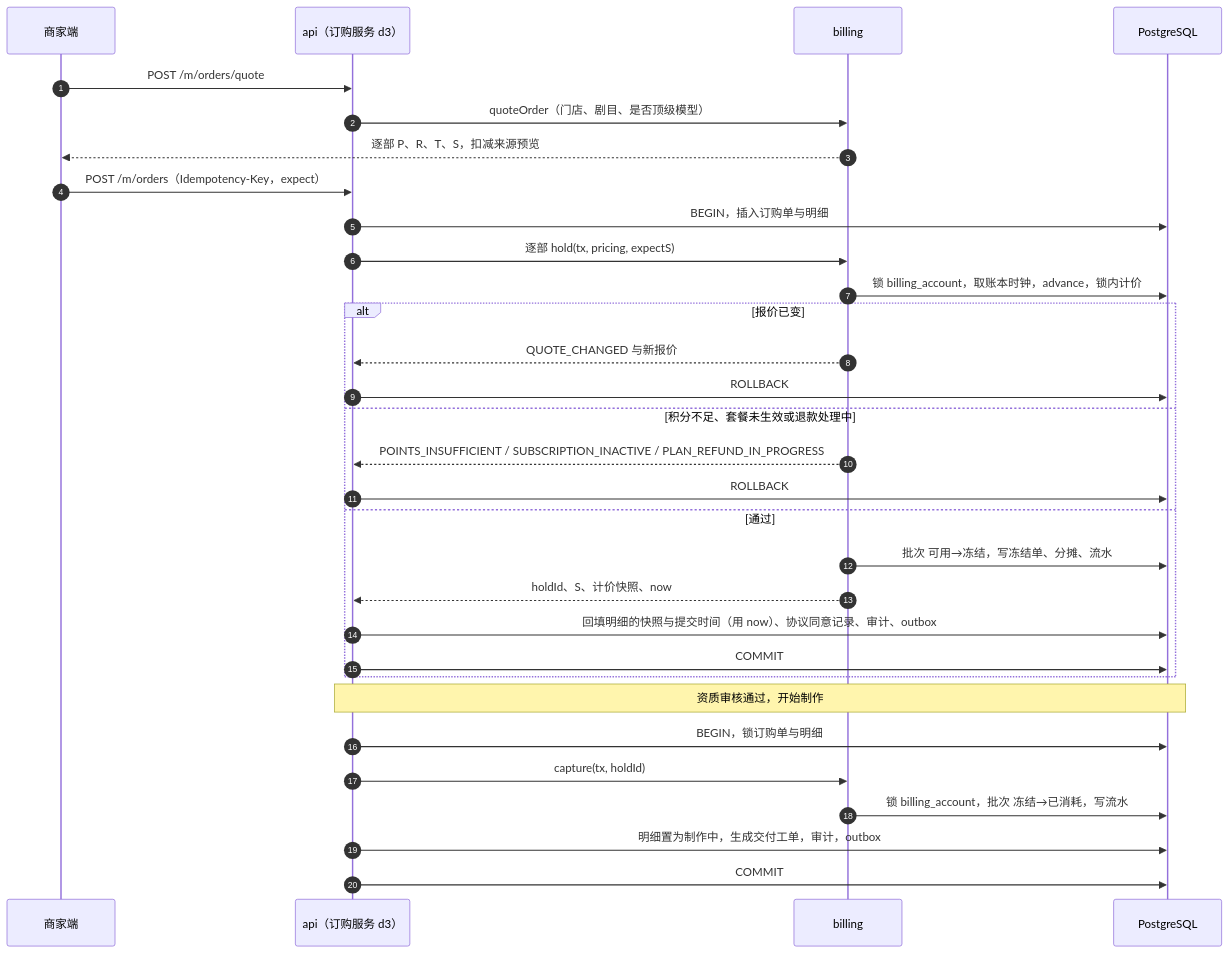
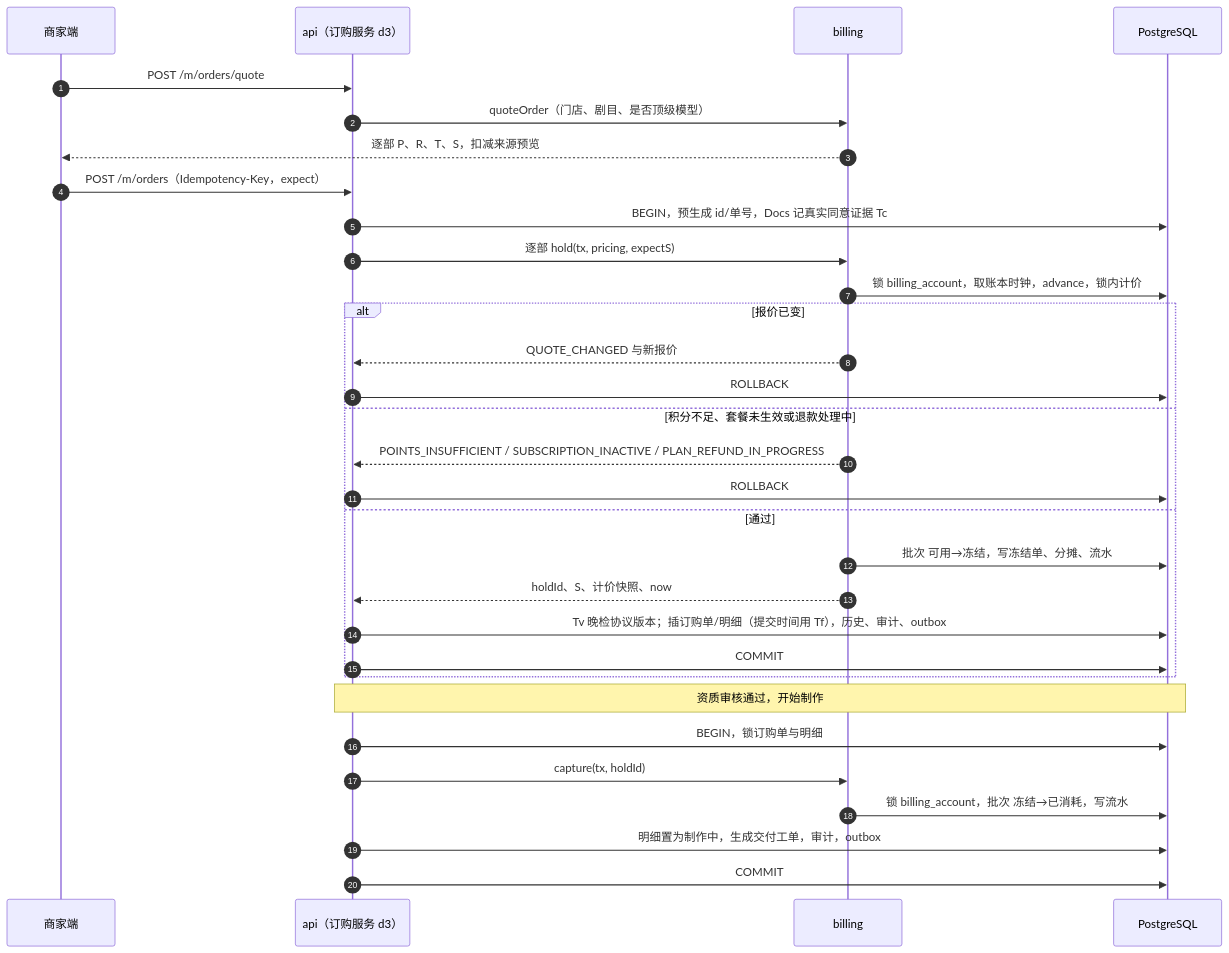
The eighth of 8 diagrams in docs/appendix/design/d1-ledger.md (byfire-dev/liyoxi-project), drawn with Mermaid before and after one commit. The commit also changed other lines of this file and 54 other files, not shown here.

````diff
--- a/docs/appendix/design/d1-ledger.md
+++ b/docs/appendix/design/d1-ledger.md
@@ -1429,33 +1429,33 @@
 ```mermaid
 sequenceDiagram
   autonumber
   participant M as 商家端
   participant API as api（订购服务 d3）
   participant BL as billing
   participant DB as PostgreSQL
   M->>API: POST /m/orders/quote
   API->>BL: quoteOrder（门店、剧目、是否顶级模型）
   BL-->>M: 逐部 P、R、T、S，扣减来源预览
   M->>API: POST /m/orders（Idempotency-Key，expect）
-  API->>DB: BEGIN，插入订购单与明细
+  API->>DB: BEGIN，预生成 id/单号，Docs 记真实同意证据 Tc
   API->>BL: 逐部 hold(tx, pricing, expectS)
   BL->>DB: 锁 billing_account，取账本时钟，advance，锁内计价
   alt 报价已变
     BL-->>API: QUOTE_CHANGED 与新报价
     API->>DB: ROLLBACK
   else 积分不足、套餐未生效或退款处理中
     BL-->>API: POINTS_INSUFFICIENT / SUBSCRIPTION_INACTIVE / PLAN_REFUND_IN_PROGRESS
     API->>DB: ROLLBACK
   else 通过
     BL->>DB: 批次 可用→冻结，写冻结单、分摊、流水
     BL-->>API: holdId、S、计价快照、now
-    API->>DB: 回填明细的快照与提交时间（用 now）、协议同意记录、审计、outbox
+    API->>DB: Tv 晚检协议版本；插订购单/明细（提交时间用 Tf），历史、审计、outbox
     API->>DB: COMMIT
   end
   Note over API,DB: 资质审核通过，开始制作
   API->>DB: BEGIN，锁订购单与明细
   API->>BL: capture(tx, holdId)
   BL->>DB: 锁 billing_account，批次 冻结→已消耗，写流水
   API->>DB: 明细置为制作中，生成交付工单，审计，outbox
   API->>DB: COMMIT
 ```
````
